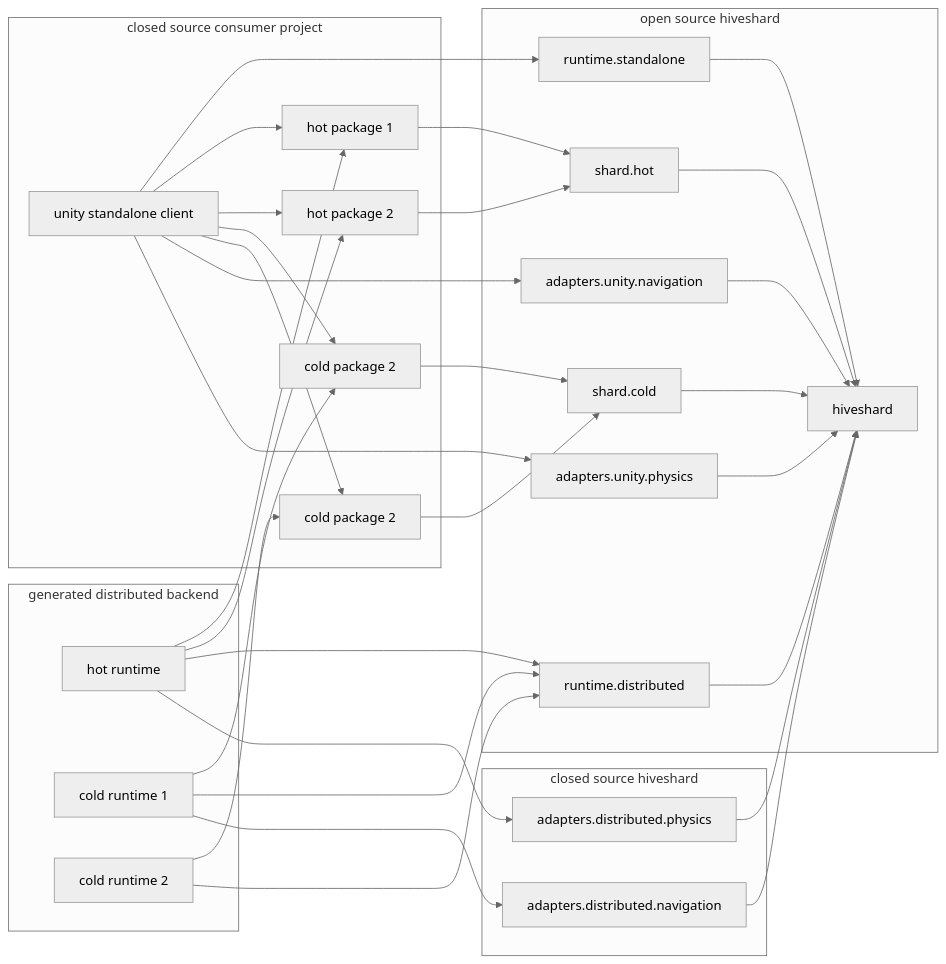
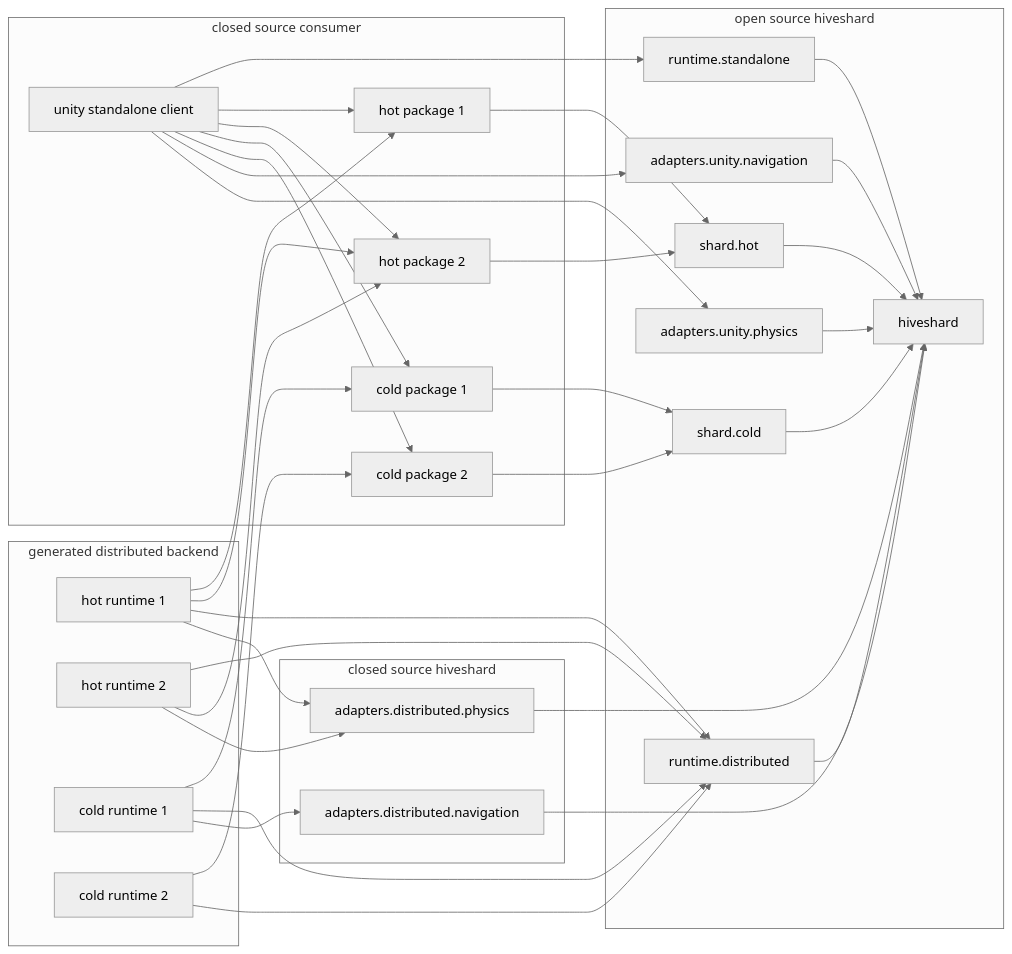
The second of 2 diagrams in docs/docs/components/index.md (hiveshard/HiveShard), drawn with Mermaid (neutral theme) before and after one commit. The commit also changed other lines of this file, not shown here.

Commit message:
docs(components): introduce component example before dependency diagram

````diff
--- a/docs/docs/components/index.md
+++ b/docs/docs/components/index.md
@@ -16,63 +51,67 @@
 ```mermaid
 flowchart LR
-    subgraph consumer[closed source consumer project]
+    subgraph consumer[closed source consumer]
         hot1[hot package 1]
         hot2[hot package 2]
-        cold1[cold package 2]
+        cold1[cold package 1]
         cold2[cold package 2]
         unity[unity standalone client]
     end
 
     subgraph generated[generated distributed backend]
-        c_hot[hot runtime]
+        c_hot1[hot runtime 1]
+        c_hot2[hot runtime 2]
         c_cold1[cold runtime 1]
         c_cold2[cold runtime 2]
     end
 
     subgraph open_hiveshard[open source hiveshard]
         cold[shard.cold]
         hot[shard.hot]
         hiveshard[hiveshard]
         runtime.standalone[runtime.standalone]
         runtime.distributed[runtime.distributed]
         unity_navigation[adapters.unity.navigation]
         unity_physics[adapters.unity.physics]
     end
 
     subgraph closed_hiveshard[closed source hiveshard]
         distributed_navigation[adapters.distributed.navigation]
         distributed_physics[adapters.distributed.physics]
     end
 
 
     hot --> hiveshard
     cold --> hiveshard
     runtime.standalone --> hiveshard
     runtime.distributed --> hiveshard
     unity_navigation --> hiveshard
     unity_physics --> hiveshard
     distributed_navigation --> hiveshard
     distributed_physics --> hiveshard
 
     hot1 --> hot
     hot2 --> hot
     cold1 --> cold
     cold2 --> cold
     unity --> runtime.standalone
     unity --> hot1
     unity --> hot2
     unity --> cold1
     unity --> cold2
     unity --> unity_navigation
     unity --> unity_physics
 
-    c_hot --> hot1
-    c_hot --> hot2
-    c_hot --> runtime.distributed
-    c_hot --> distributed_physics
+    c_hot1 --> hot1
+    c_hot1 --> hot2
+    c_hot1 --> runtime.distributed
+    c_hot1 --> distributed_physics
+    c_hot2 --> runtime.distributed
+    c_hot2 --> hot2
+    c_hot2 --> distributed_physics
     c_cold1 --> cold1
     c_cold1 --> runtime.distributed
     c_cold1 --> distributed_navigation
     c_cold2 --> cold2
     c_cold2 --> runtime.distributed
 ```
````
